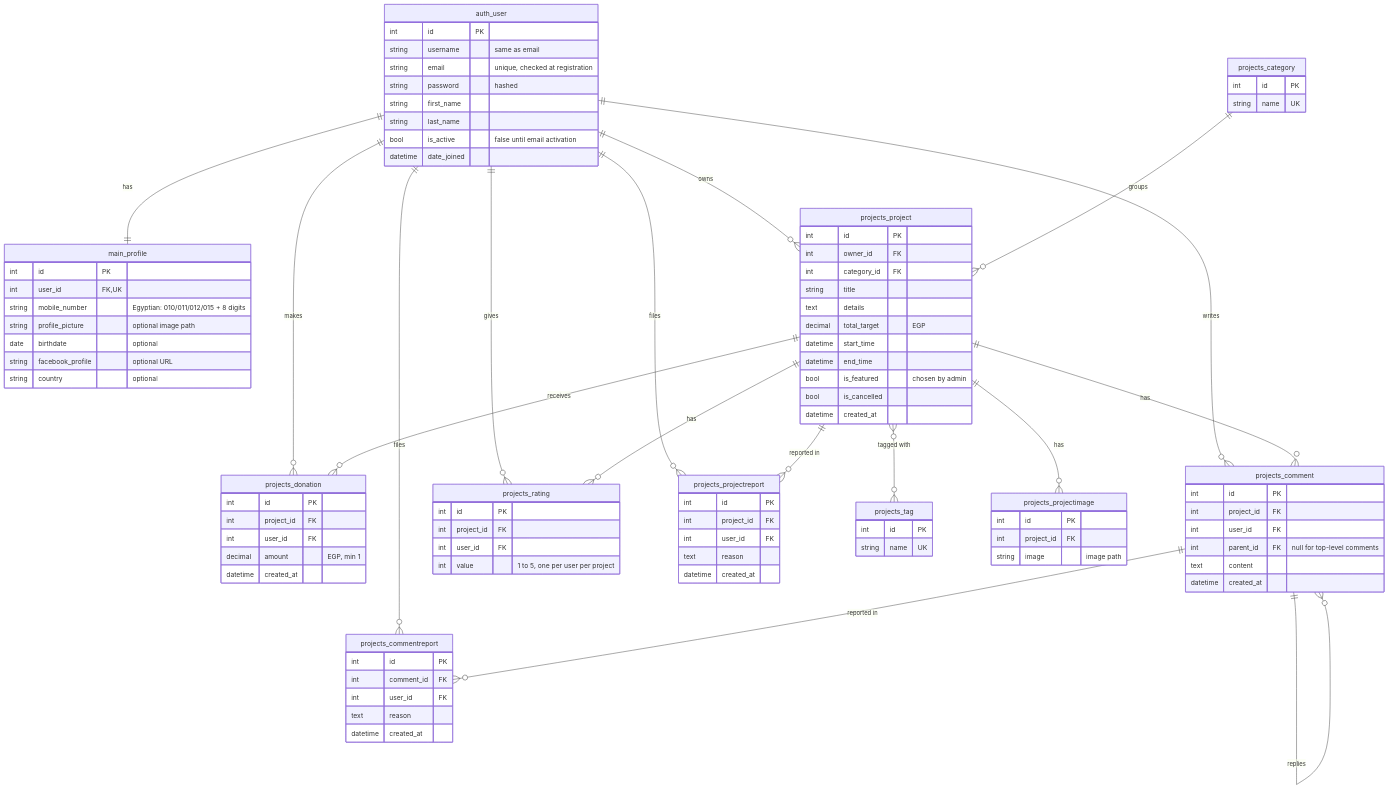
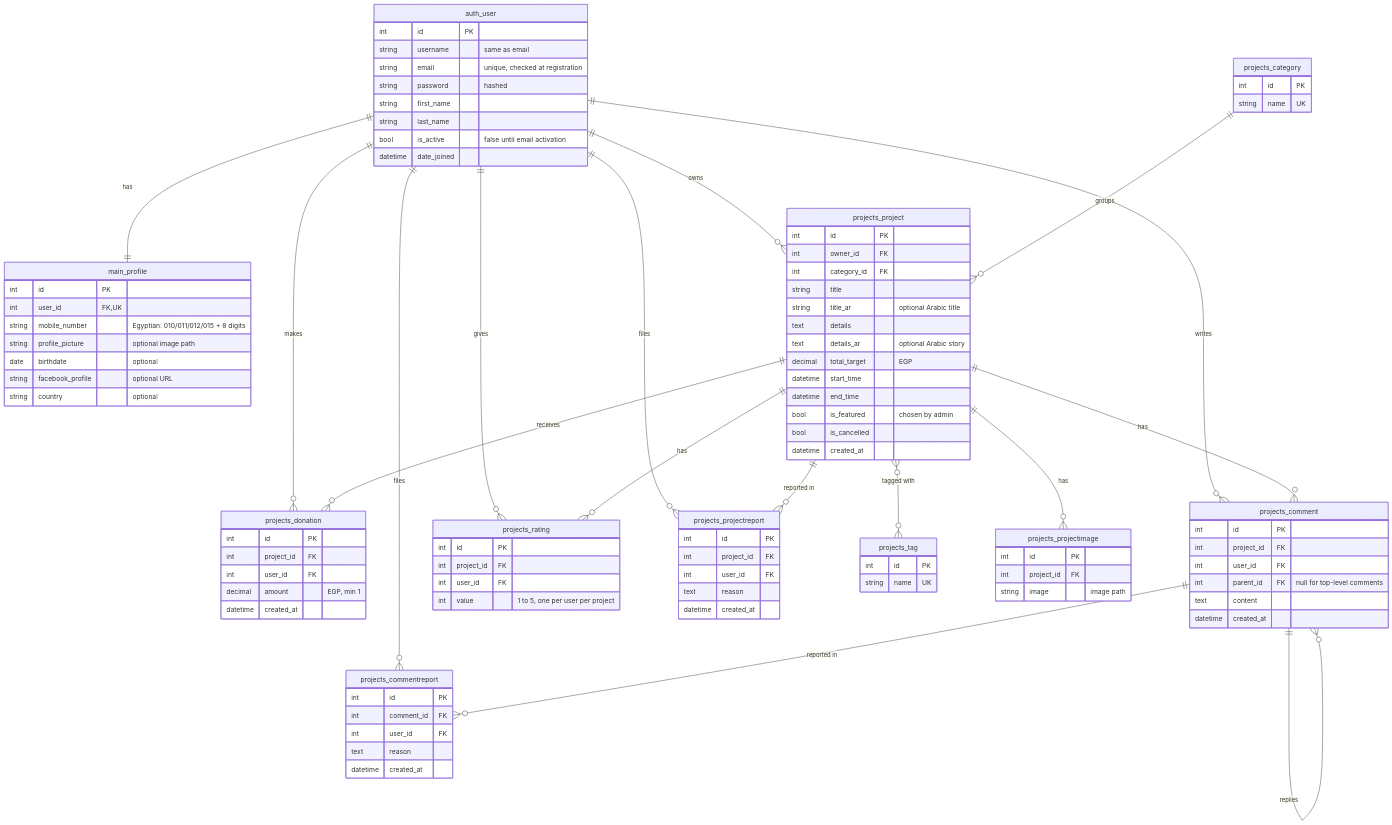
One commit to Ahmed-Desouki/Fund-Raising-Website changed the diagram in docs/ERD.md. Above: the diagram before and after it, drawn with Mermaid. The commit also changed 59 other files, not shown here.

```diff
--- a/docs/ERD.md
+++ b/docs/ERD.md
@@ -59,7 +59,9 @@
         int owner_id FK
         int category_id FK
         string title
+        string title_ar "optional Arabic title"
         text details
+        text details_ar "optional Arabic story"
         decimal total_target "EGP"
         datetime start_time
         datetime end_time
```
